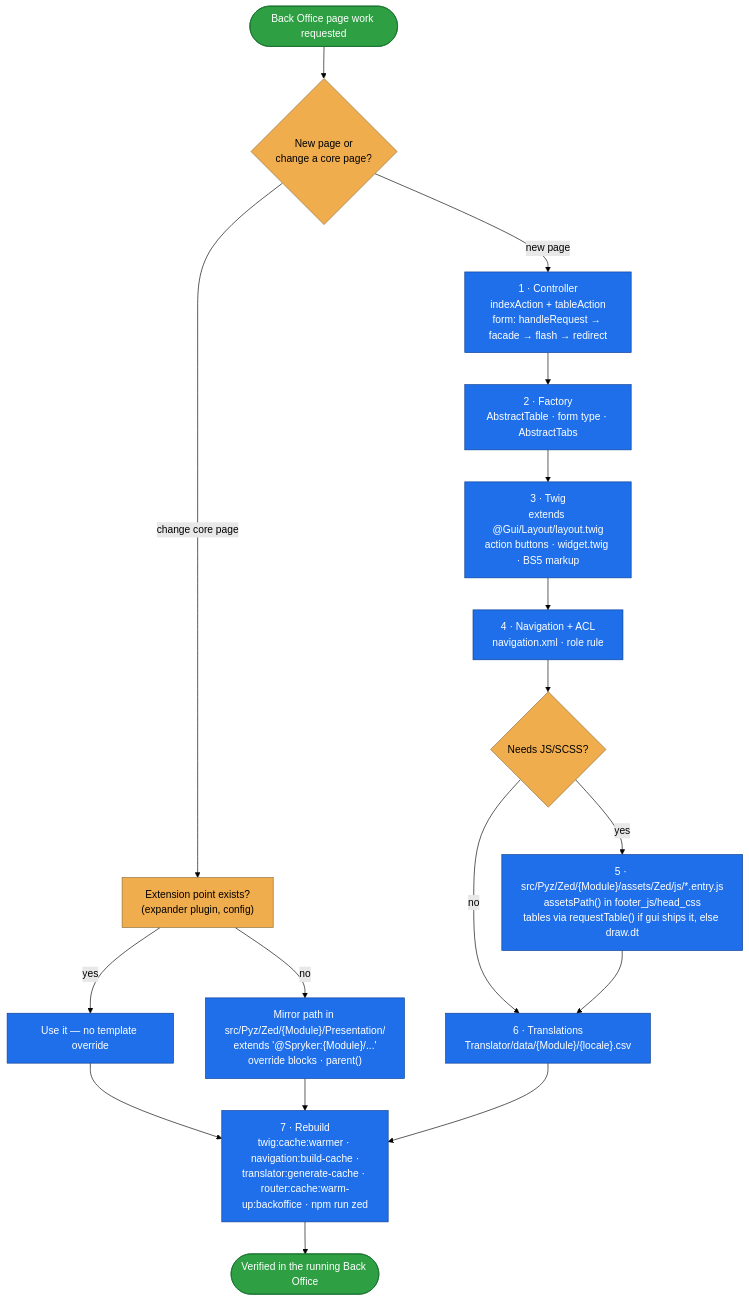
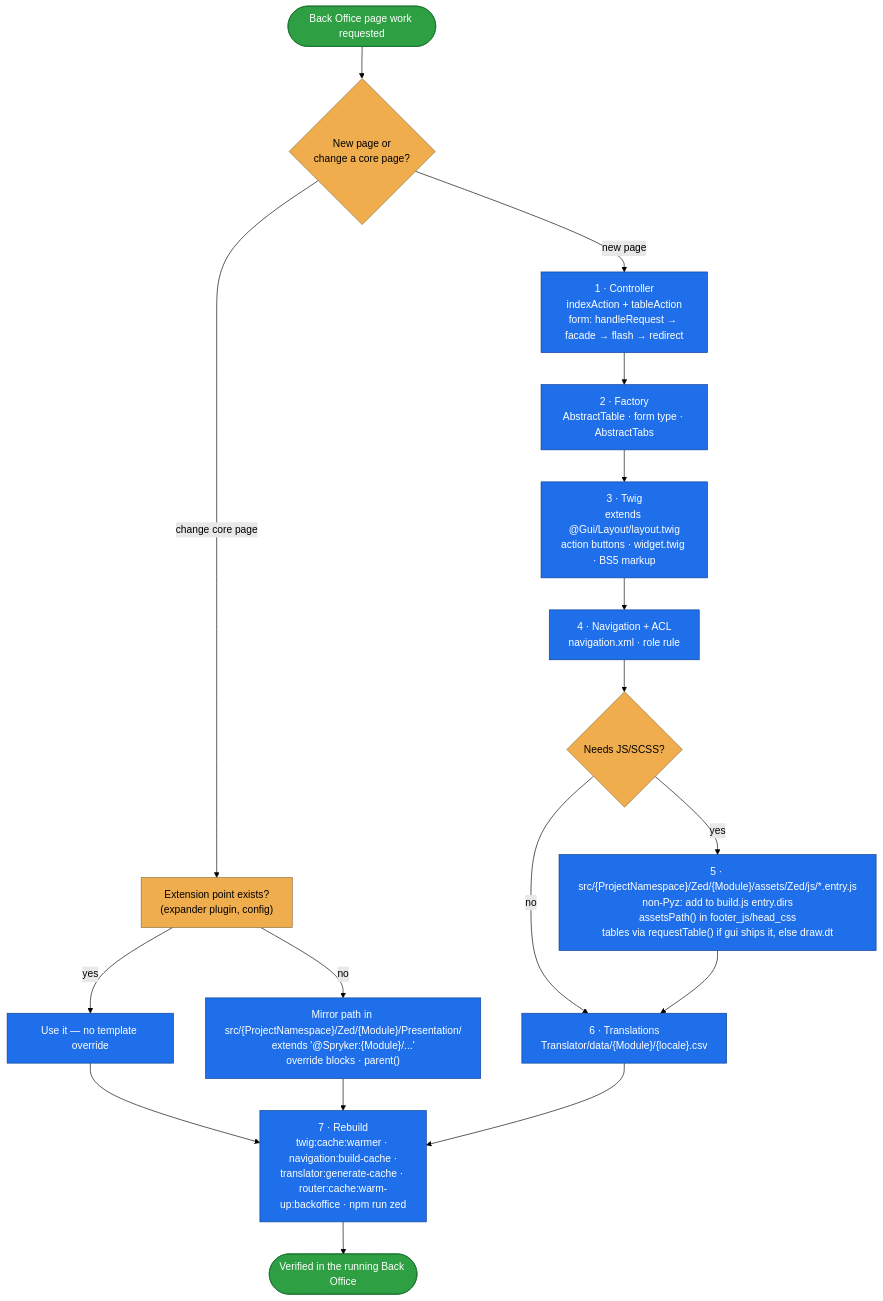
The diagram in plugins/spryker-ai-dev-sdk/skills/backoffice-frontend/README.md (spryker-sdk/ai-dev), drawn with Mermaid (forest theme) before and after one commit. The commit also changed other lines of this file and 20 other files, not shown here.

````diff
--- a/plugins/spryker-ai-dev-sdk/skills/backoffice-frontend/README.md
+++ b/plugins/spryker-ai-dev-sdk/skills/backoffice-frontend/README.md
@@ -31,29 +32,29 @@
 ```mermaid
 flowchart TD
     A([Back Office page work requested]) --> B{"New page or<br/>change a core page?"}
 
     B -- "change core page" --> O["Extension point exists?<br/>(expander plugin, config)"]
     O -- "yes" --> O1["Use it — no template override"]
-    O -- "no" --> O2["Mirror path in src/Pyz/Zed/{Module}/Presentation/<br/>extends '@Spryker:{Module}/...'<br/>override blocks · parent()"]
+    O -- "no" --> O2["Mirror path in src/{ProjectNamespace}/Zed/{Module}/Presentation/<br/>extends '@Spryker:{Module}/...'<br/>override blocks · parent()"]
 
     B -- "new page" --> C["1 · Controller<br/>indexAction + tableAction<br/>form: handleRequest → facade → flash → redirect"]
     C --> D["2 · Factory<br/>AbstractTable · form type · AbstractTabs"]
     D --> E["3 · Twig<br/>extends @Gui/Layout/layout.twig<br/>action buttons · widget.twig · BS5 markup"]
     E --> F["4 · Navigation + ACL<br/>navigation.xml · role rule"]
     F --> G{"Needs JS/SCSS?"}
-    G -- "yes" --> H["5 · src/Pyz/Zed/{Module}/assets/Zed/js/*.entry.js<br/>assetsPath() in footer_js/head_css<br/>tables via requestTable() if gui ships it, else draw.dt"]
+    G -- "yes" --> H["5 · src/{ProjectNamespace}/Zed/{Module}/assets/Zed/js/*.entry.js<br/>non-Pyz: add to build.js entry.dirs<br/>assetsPath() in footer_js/head_css<br/>tables via requestTable() if gui ships it, else draw.dt"]
     G -- "no" --> T
     H --> T["6 · Translations<br/>Translator/data/{Module}/{locale}.csv"]
 
     O1 --> R
     O2 --> R
     T --> R["7 · Rebuild<br/>twig:cache:warmer · navigation:build-cache ·<br/>translator:generate-cache · router:cache:warm-up:backoffice · npm run zed"]
     R --> V([Verified in the running Back Office])
 
     classDef step fill:#1f6feb,stroke:#0b3d91,color:#fff;
     classDef decision fill:#f0ad4e,stroke:#8a6d3b,color:#000;
     classDef terminal fill:#2ea043,stroke:#176f2c,color:#fff;
     class C,D,E,F,H,T,O1,O2,R step;
     class B,O,G decision;
     class A,V terminal;
 ```
````
